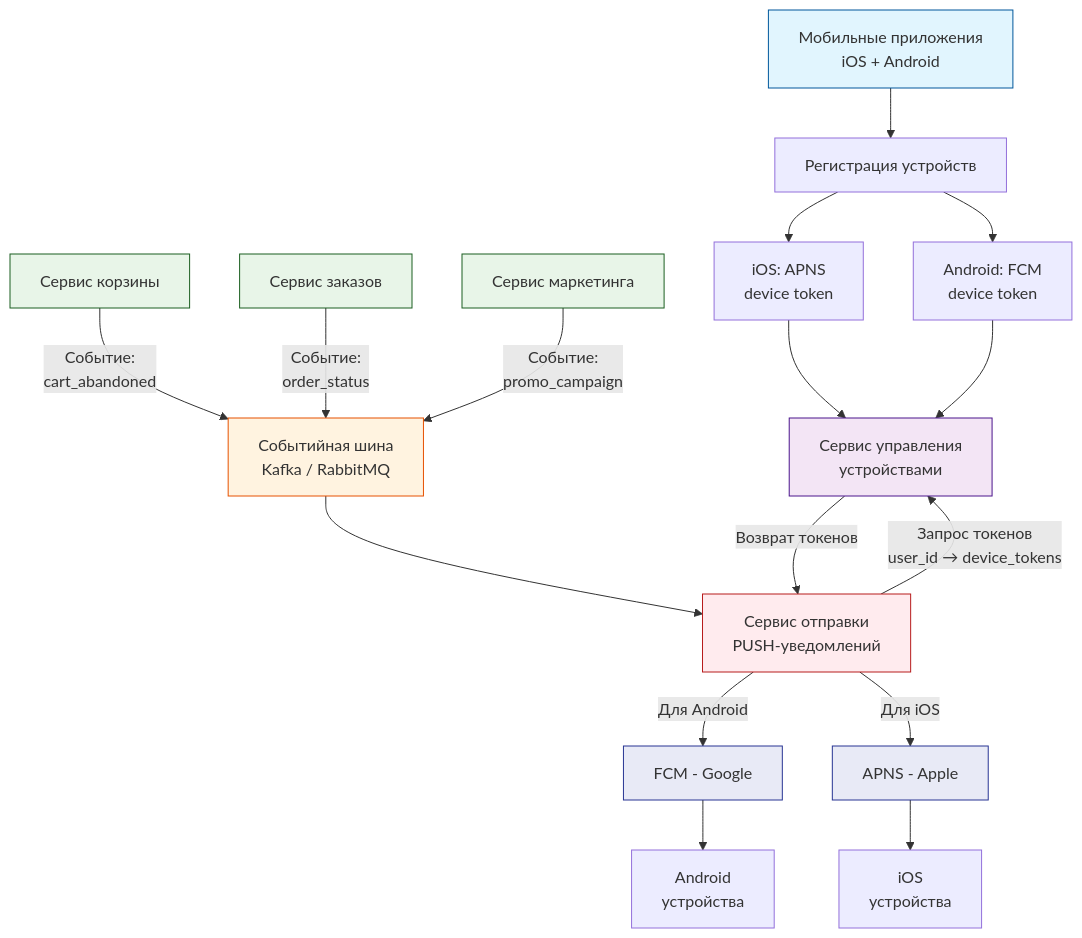
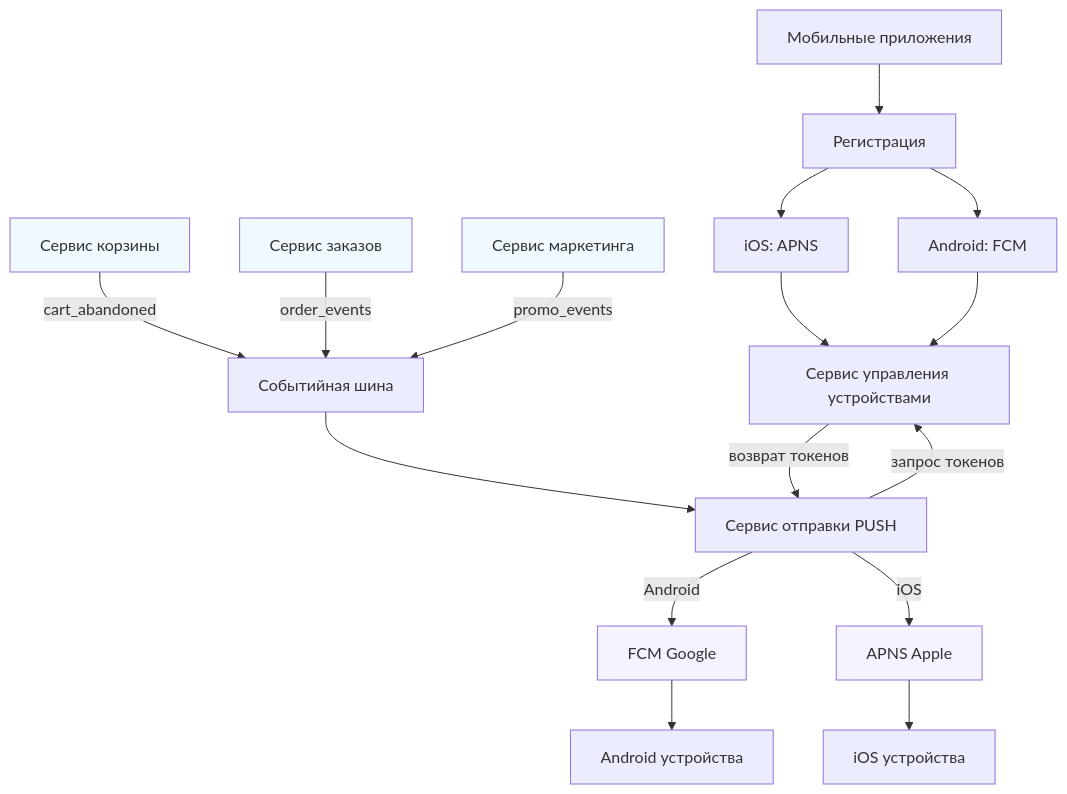
The diagram in Task-3-Architecture/README.md (Lutfullakhon/petrushka-test-task), drawn with Mermaid before and after one commit.

Commit message:
README.md

````diff
--- a/Task-3-Architecture/README.md
+++ b/Task-3-Architecture/README.md
@@ -4,41 +4,34 @@
 ```mermaid
 graph TB
     %% Мобильные приложения
-    App["Мобильные приложения<br/>iOS + Android"] --> Reg["Регистрация устройств"]
+    App[Мобильные приложения] --> Reg[Регистрация]
+    Reg --> APNS[iOS: APNS]
+    Reg --> FCM[Android: FCM]
     
-    Reg --> APNS["iOS: APNS<br/>device token"]
-    Reg --> FCM_REG["Android: FCM<br/>device token"]
+    APNS --> DeviceService[Сервис управления устройствами]
+    FCM --> DeviceService
     
-    APNS --> DeviceService["Сервис управления<br/>устройствами"]
-    FCM_REG --> DeviceService
+    %% Бизнес-сервисы
+    CartService[Сервис корзины] -->|cart_abandoned| EventBus[Событийная шина]
+    OrderService[Сервис заказов] -->|order_events| EventBus
+    MarketingService[Сервис маркетинга] -->|promo_events| EventBus
     
-    %% Бизнес-сервисы - источники событий
-    CartService["Сервис корзины"] -->|"Событие:<br/>cart_abandoned"| EventBus["Событийная шина<br/>Kafka / RabbitMQ"]
-    OrderService["Сервис заказов"] -->|"Событие:<br/>order_status"| EventBus
-    MarketingService["Сервис маркетинга"] -->|"Событие:<br/>promo_campaign"| EventBus
+    %% Обработка
+    EventBus --> PushService[Сервис отправки PUSH]
+    PushService -->|запрос токенов| DeviceService
+    DeviceService -->|возврат токенов| PushService
     
-    %% Обработка событий
-    EventBus --> PushService["Сервис отправки<br/>PUSH-уведомлений"]
+    %% Отправка
+    PushService -->|Android| FCM_Send[FCM Google]
+    PushService -->|iOS| APNS_Send[APNS Apple]
     
-    PushService -->|"Запрос токенов<br/>user_id → device_tokens"| DeviceService
-    DeviceService -->|"Возврат токенов"| PushService
+    FCM_Send --> AndroidDev[Android устройства]
+    APNS_Send --> iOSDev[iOS устройства]
     
-    %% Отправка через внешние сервисы
-    PushService -->|"Для Android"| FCM_Send["FCM - Google"]
-    PushService -->|"Для iOS"| APNS_Send["APNS - Apple"]
-    
-    %% Доставка на устройства
-    FCM_Send --> AndroidDev["Android<br/>устройства"]
-    APNS_Send --> iOSDev["iOS<br/>устройства"]
-    
-    %% Стили для наглядности
-    style App fill:#e1f5fe,stroke:#01579b
-    style DeviceService fill:#f3e5f5,stroke:#4a148c
-    style CartService fill:#e8f5e8,stroke:#1b5e20
-    style OrderService fill:#e8f5e8,stroke:#1b5e20
-    style MarketingService fill:#e8f5e8,stroke:#1b5e20
-    style EventBus fill:#fff3e0,stroke:#e65100
-    style PushService fill:#ffebee,stroke:#b71c1c
-    style FCM_Send fill:#e8eaf6,stroke:#283593
-    style APNS_Send fill:#e8eaf6,stroke:#283593
+    %% Минимальные цвета для группировки
+    style CartService fill:#f0f9ff
+    style OrderService fill:#f0f9ff
+    style MarketingService fill:#f0f9ff
+    style FCM_Send fill:#f5f3ff
+    style APNS_Send fill:#f5f3ff
 ```
````
